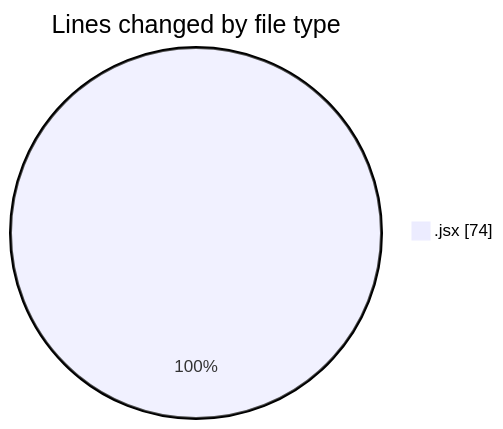
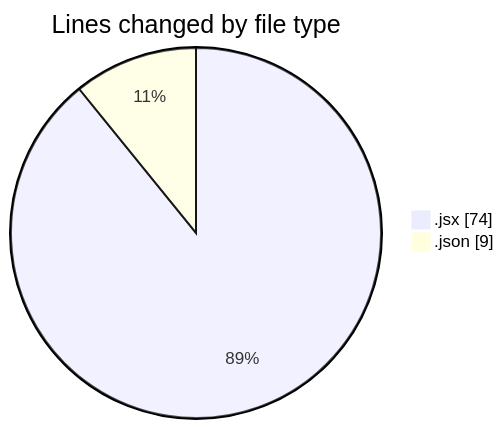
One commit to nxtqubesakshisongat/code-tracking changed the first of 2 diagrams in 2025-07-31/nxtqube_webapp/README.md. Above: the diagram before and after it, drawn with Mermaid. The commit also changed other lines of this file and 1 other file, not shown here.

````diff
--- a/2025-07-31/nxtqube_webapp/README.md
+++ b/2025-07-31/nxtqube_webapp/README.md
@@ -20,5 +21,6 @@
 ```mermaid
 pie showData
 title Lines changed by file type
 ".jsx" : 74
+".json" : 9
 ```
````
